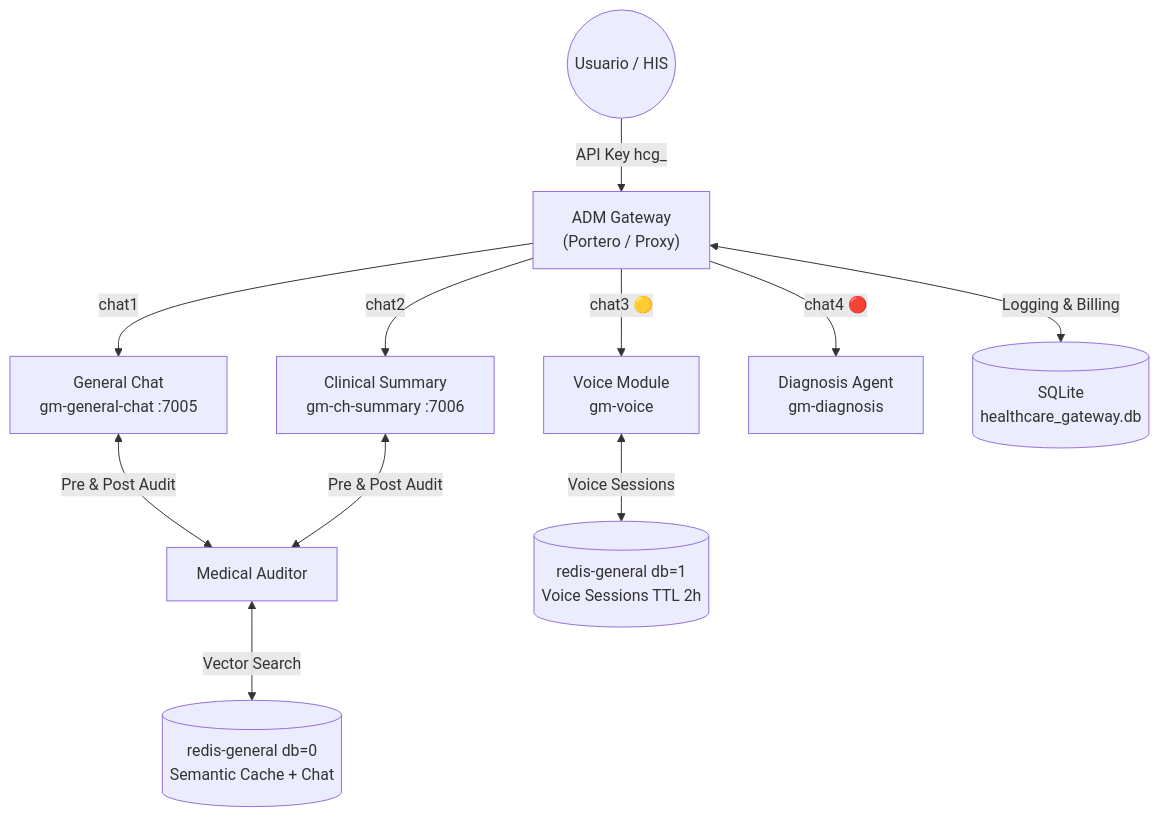
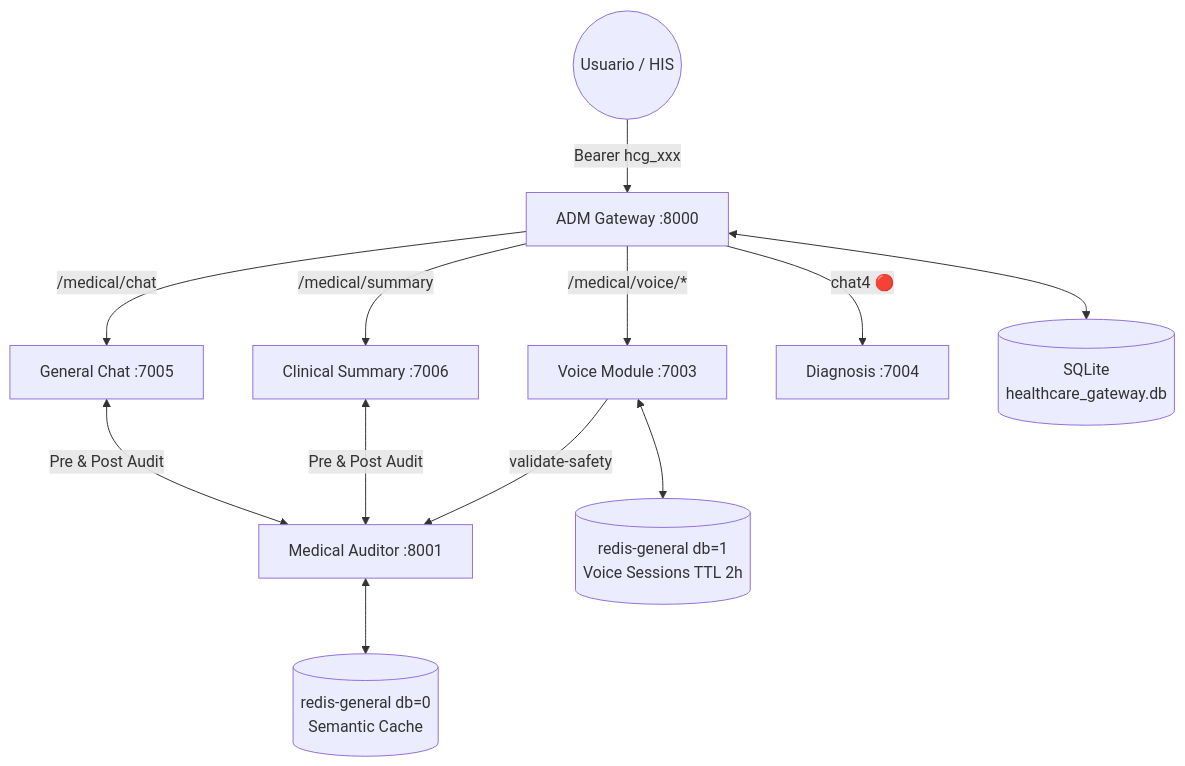
Before and after one commit to cluna-8/GM_MODULAR_ECOSYSTEM: the first of 2 diagrams in docs/Go Medisys/Index.md, drawn with Mermaid. The commit also changed other lines of this file and 3 other files, not shown here.

````diff
--- a/docs/Go Medisys/Index.md
+++ b/docs/Go Medisys/Index.md
@@ -30,16 +31,17 @@
 ```mermaid
 graph TD
-    User((Usuario / HIS)) -->|API Key hcg_| ADM["ADM Gateway\n(Portero / Proxy)"]
+    User((Usuario / HIS)) -->|"Bearer hcg_xxx"| ADM["ADM Gateway :8000"]
 
-    ADM -->|chat1| GC["General Chat\ngm-general-chat :7005"]
-    ADM -->|chat2| CS["Clinical Summary\ngm-ch-summary :7006"]
-    ADM -->|chat3 🟡| VM["Voice Module\ngm-voice"]
-    ADM -->|chat4 🔴| DM["Diagnosis Agent\ngm-diagnosis"]
+    ADM -->|"/medical/chat"| GC["General Chat :7005"]
+    ADM -->|"/medical/summary"| CS["Clinical Summary :7006"]
+    ADM -->|"/medical/voice/*"| VM["Voice Module :7003"]
+    ADM -->|"chat4 🔴"| DM["Diagnosis :7004"]
 
-    GC <-->|Pre & Post Audit| MA["Medical Auditor"]
+    GC <-->|Pre & Post Audit| MA["Medical Auditor :8001"]
     CS <-->|Pre & Post Audit| MA
+    VM -->|"validate-safety"| MA
 
-    MA <-->|Vector Search| Redis[(redis-general db=0\nSemantic Cache + Chat)]
-    VM <-->|Voice Sessions| RedisV[(redis-general db=1\nVoice Sessions TTL 2h)]
-    ADM <-->|Logging & Billing| SQL[(SQLite\nhealthcare_gateway.db)]
+    MA <--> Redis[(redis-general db=0\nSemantic Cache)]
+    VM <--> RedisV[(redis-general db=1\nVoice Sessions TTL 2h)]
+    ADM <--> SQL[(SQLite\nhealthcare_gateway.db)]
 ```
````
